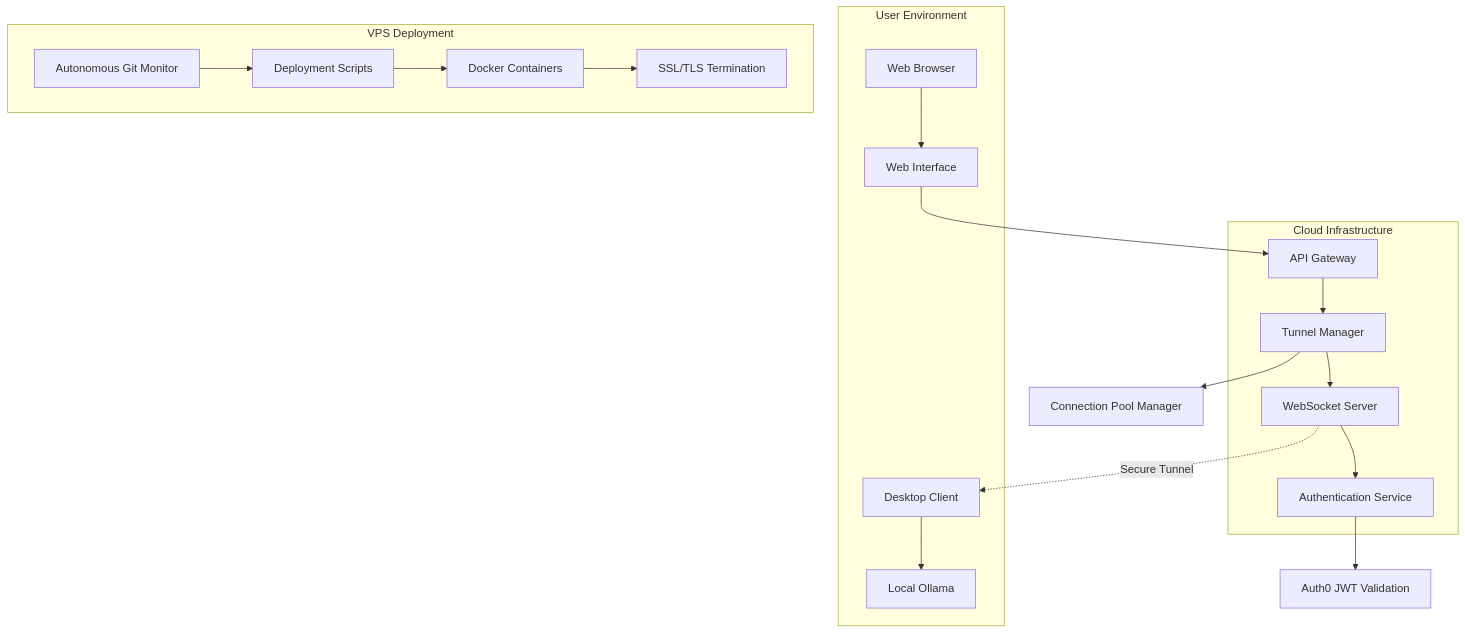
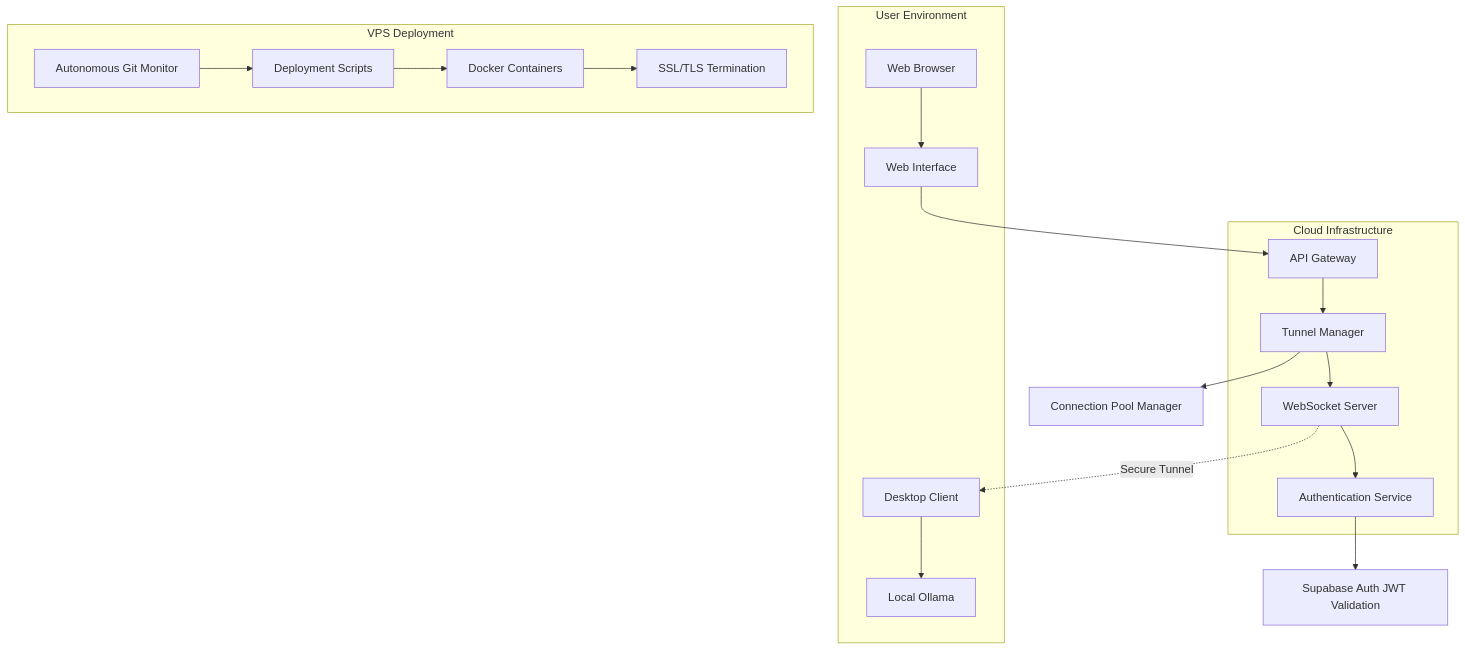
One commit to CloudToLocalLLM-online/CloudToLocalLLM changed the first of 2 diagrams in docs/ARCHITECTURE/SECURE_TUNNEL_WEB_INTERFACE_DESIGN.md. Above: the diagram before and after it, drawn with Mermaid. The commit also changed other lines of this file and 143 other files, not shown here.

First line of the commit message:
refactor: remove Auth0 references and replace with Supabase Auth

````diff
--- a/docs/ARCHITECTURE/SECURE_TUNNEL_WEB_INTERFACE_DESIGN.md
+++ b/docs/ARCHITECTURE/SECURE_TUNNEL_WEB_INTERFACE_DESIGN.md
@@ -35,24 +35,24 @@
 ```mermaid
 graph TB
     subgraph "User Environment"
         A[Web Browser] --> B[Web Interface]
         C[Desktop Client] --> D[Local Ollama]
     end
     
     subgraph "Cloud Infrastructure"
         B --> E[API Gateway]
         E --> F[Tunnel Manager]
         F --> G[WebSocket Server]
         G --> H[Authentication Service]
     end
     
     subgraph "VPS Deployment"
         I[Autonomous Git Monitor] --> J[Deployment Scripts]
         J --> K[Docker Containers]
         K --> L[SSL/TLS Termination]
     end
     
     G -.->|Secure Tunnel| C
-    H --> M[Auth0 JWT Validation]
+    H --> M[Supabase Auth JWT Validation]
     F --> N[Connection Pool Manager]
 ```
````
